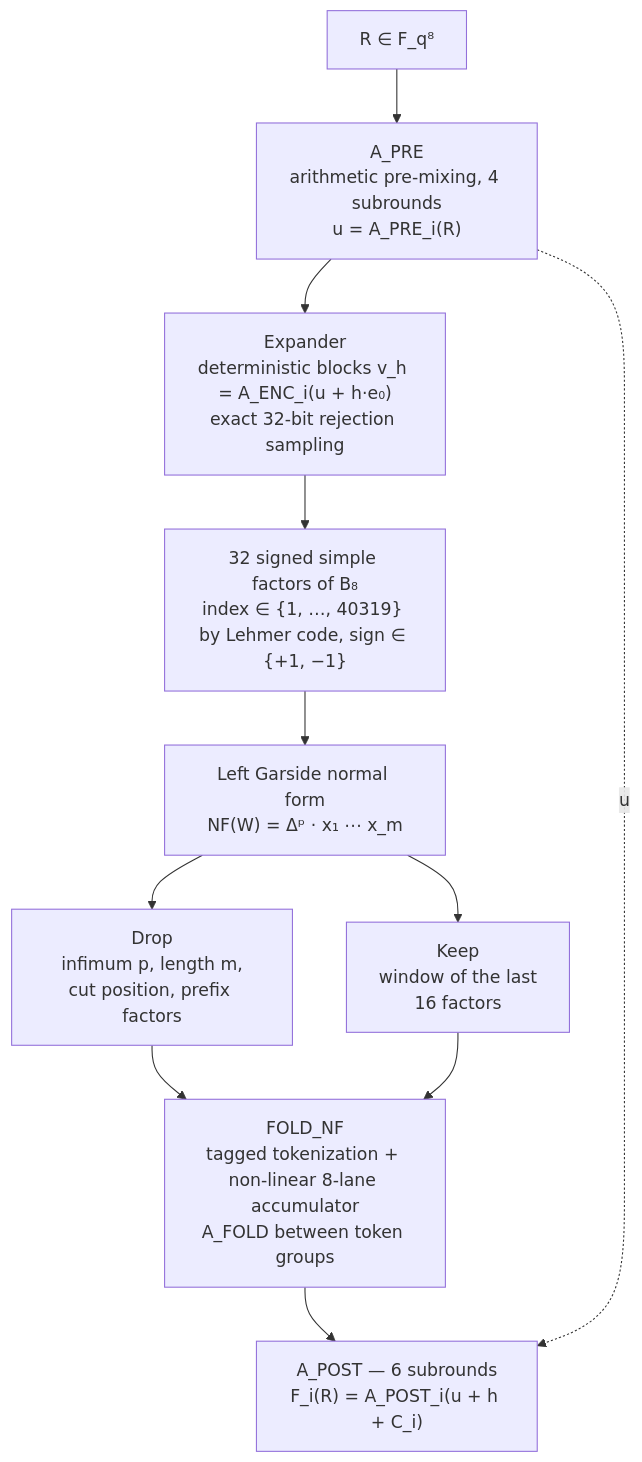
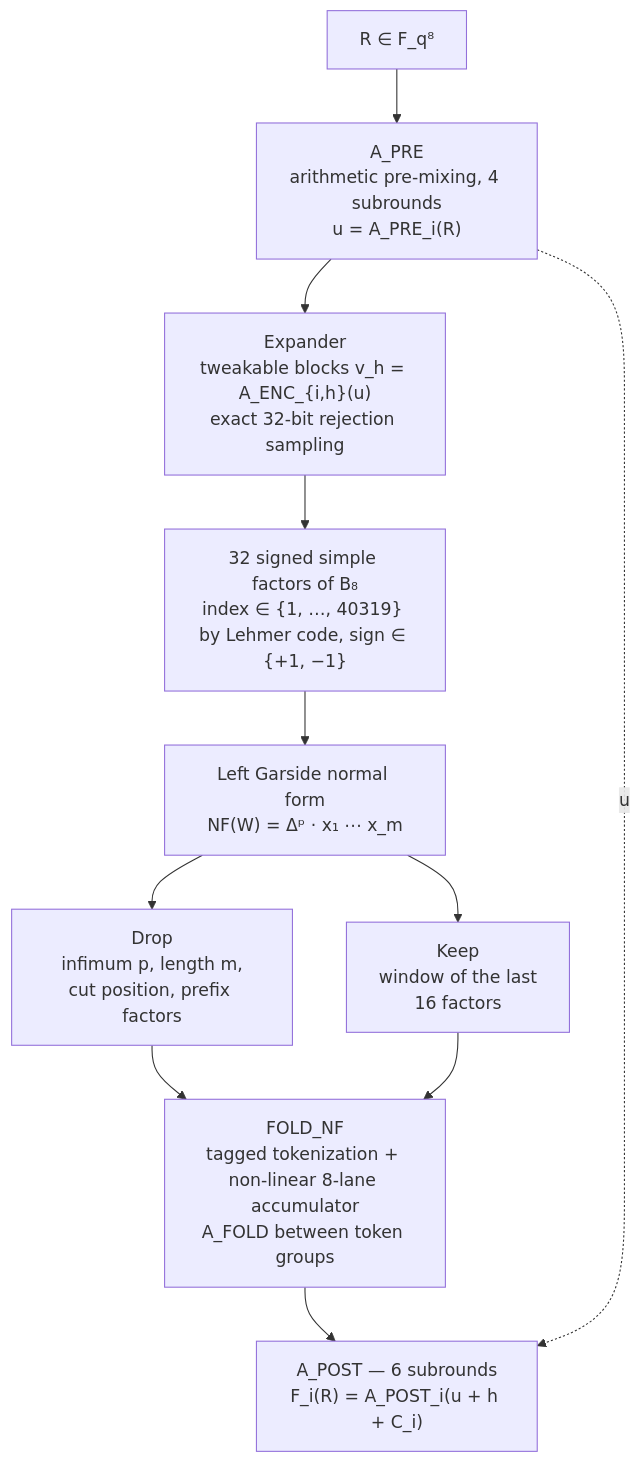
One commit to igors93/CTC-sigma changed the second of 3 diagrams in README.md. Above: the diagram before and after it, drawn with Mermaid. The commit also changed other lines of this file and 32 other files, not shown here.

````diff
--- a/README.md
+++ b/README.md
@@ -151,20 +151,20 @@
 ```mermaid
 flowchart TD
     R["R ∈ F_q⁸"]
     APRE["A_PRE<br>arithmetic pre-mixing, 4 subrounds<br>u = A_PRE_i(R)"]
-    EXP["Expander<br>deterministic blocks v_h = A_ENC_i(u + h·e₀)<br>exact 32-bit rejection sampling"]
+    EXP["Expander<br>tweakable blocks v_h = A_ENC_{i,h}(u)<br>exact 32-bit rejection sampling"]
     FAC["32 signed simple factors of B₈<br>index ∈ {1, …, 40319} by Lehmer code, sign ∈ {+1, −1}"]
     GAR["Left Garside normal form<br>NF(W) = Δᵖ · x₁ ⋯ x_m"]
     DROP["Drop<br>infimum p, length m,<br>cut position, prefix factors"]
     KEEP["Keep<br>window of the last<br>16 factors"]
     FOLD["FOLD_NF<br>tagged tokenization + non-linear 8-lane accumulator<br>A_FOLD between token groups"]
     POST["A_POST — 6 subrounds<br>F_i(R) = A_POST_i(u + h + C_i)"]
 
     R --> APRE --> EXP --> FAC --> GAR
     GAR --> DROP
     GAR --> KEEP
     DROP --> FOLD
     KEEP --> FOLD
     FOLD --> POST
     APRE -. "u" .-> POST
 ```
````
